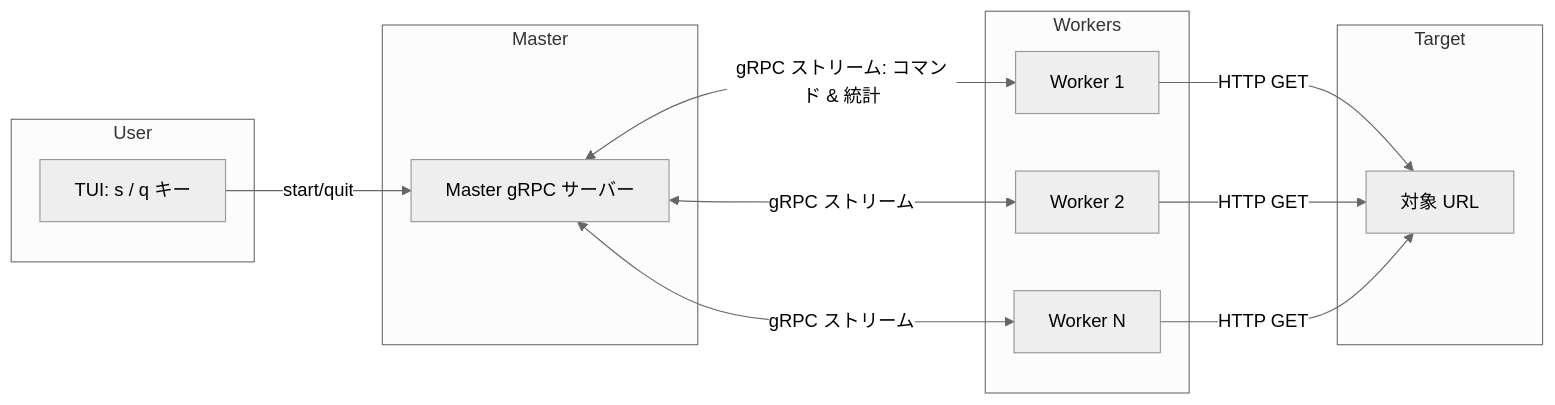
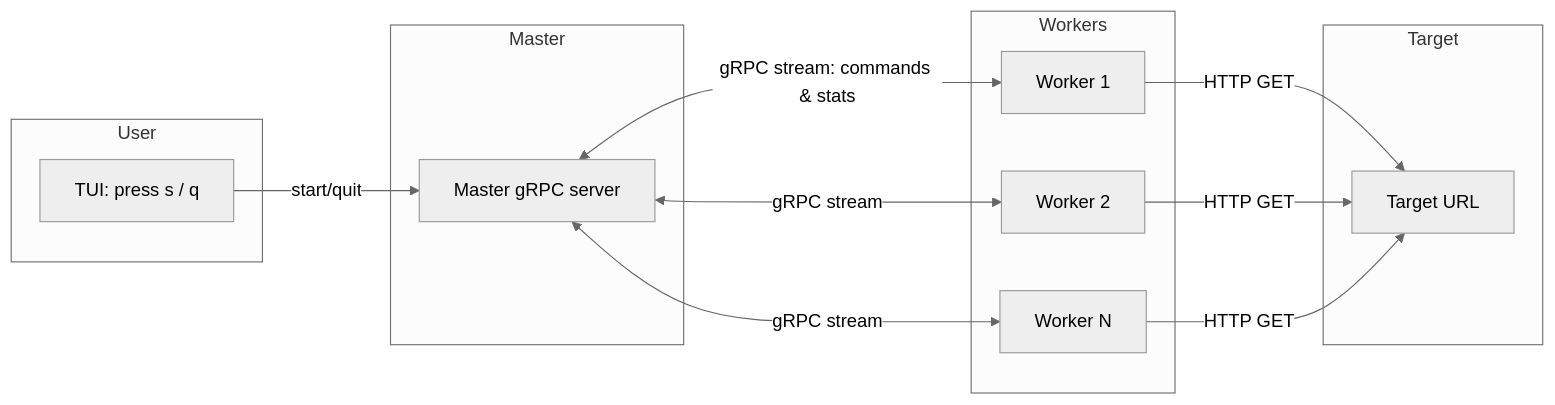
The diagram in README_ja.md (ryokotaka/SwarmGo), drawn with Mermaid (neutral theme) before and after one commit. The commit also changed other lines of this file, not shown here.

````diff
--- a/README_ja.md
+++ b/README_ja.md
@@ -166,22 +225,22 @@
 ```mermaid
 flowchart LR
     subgraph User
-        TUI[TUI: s / q キー]
+        TUI[TUI: press s / q]
     end
     subgraph Master
-        M[Master gRPC サーバー]
+        M[Master gRPC server]
     end
     subgraph Workers
         W1[Worker 1]
         W2[Worker 2]
         WN[Worker N]
     end
     subgraph Target
-        URL[対象 URL]
+        URL[Target URL]
     end
     TUI -->|start/quit| M
-    M <-->|gRPC ストリーム: コマンド & 統計| W1
-    M <-->|gRPC ストリーム| W2
-    M <-->|gRPC ストリーム| WN
+    M <-->|gRPC stream: commands & stats| W1
+    M <-->|gRPC stream| W2
+    M <-->|gRPC stream| WN
     W1 & W2 & WN -->|HTTP GET| URL
 ```
````
